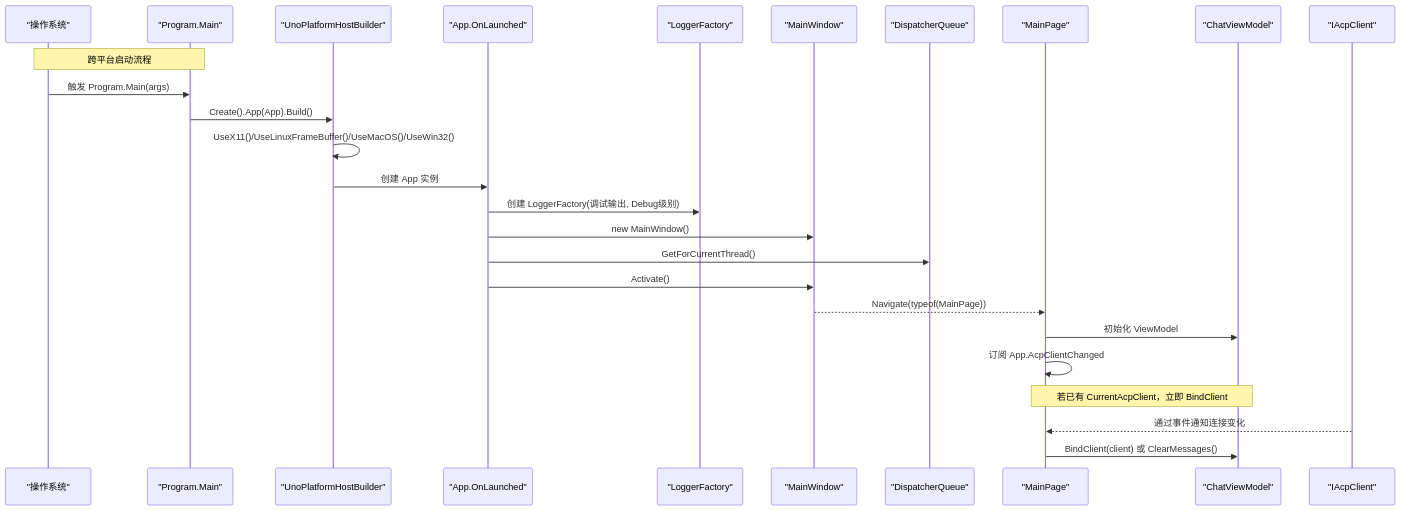
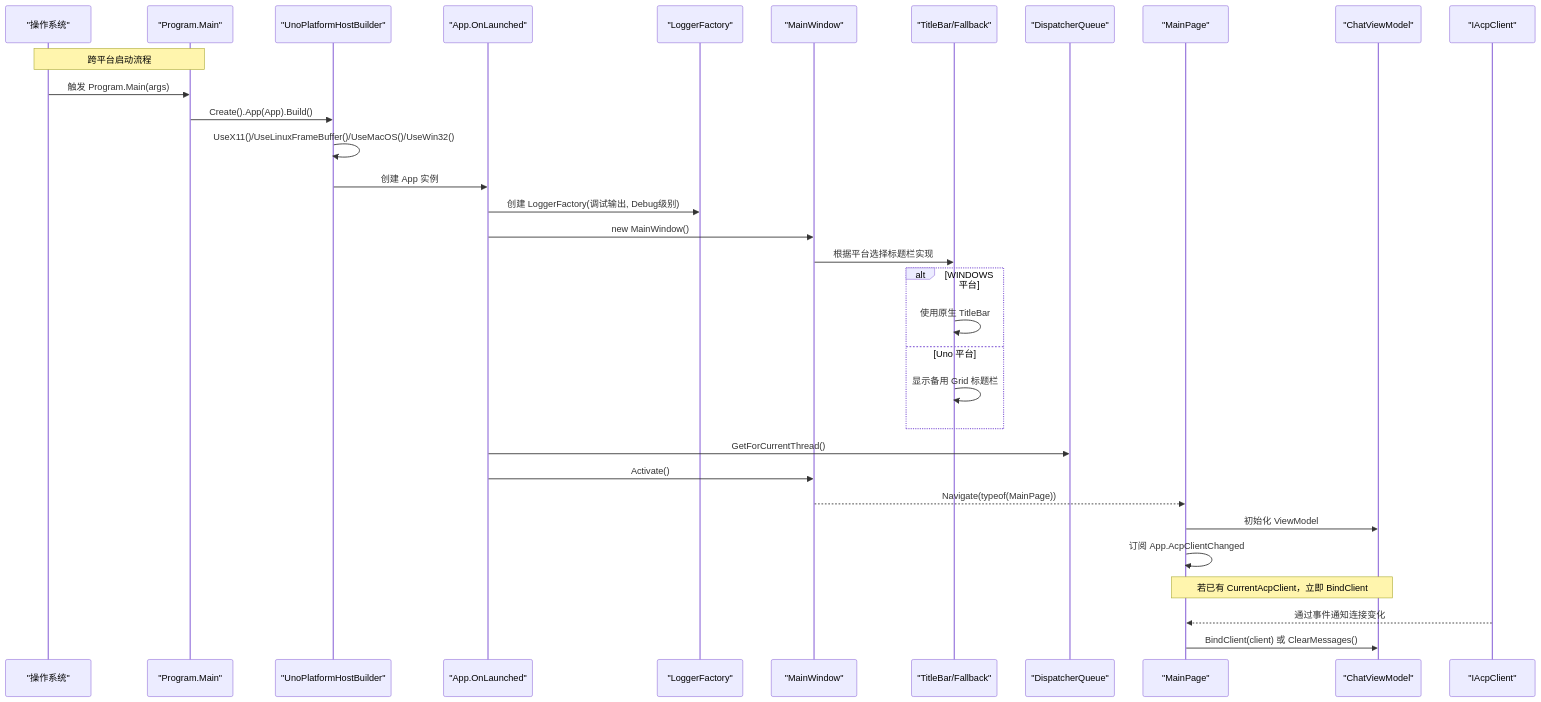
The second of 3 diagrams in .qoder/repowiki/zh/content/开发指南/项目结构/应用程序入口.md (AgenticDesktop/App), drawn with Mermaid before and after one commit. The commit also changed other lines of this file and 69 other files, not shown here.

````diff
--- a/.qoder/repowiki/zh/content/开发指南/项目结构/应用程序入口.md
+++ b/.qoder/repowiki/zh/content/开发指南/项目结构/应用程序入口.md
@@ -89,28 +94,35 @@
 ```mermaid
 sequenceDiagram
 participant OS as "操作系统"
 participant Entry as "Program.Main"
 participant Host as "UnoPlatformHostBuilder"
 participant App as "App.OnLaunched"
 participant Log as "LoggerFactory"
 participant Win as "MainWindow"
+participant TitleBar as "TitleBar/Fallback"
 participant UI as "DispatcherQueue"
 participant Page as "MainPage"
 participant VM as "ChatViewModel"
 participant ACP as "IAcpClient"
 Note over OS,Entry : 跨平台启动流程
 OS->>Entry : 触发 Program.Main(args)
 Entry->>Host : Create().App(App).Build()
 Host->>Host : UseX11()/UseLinuxFrameBuffer()/UseMacOS()/UseWin32()
 Host->>App : 创建 App 实例
 App->>Log : 创建 LoggerFactory(调试输出, Debug级别)
 App->>Win : new MainWindow()
+Win->>TitleBar : 根据平台选择标题栏实现
+alt WINDOWS 平台
+TitleBar->>TitleBar : 使用原生 TitleBar
+else Uno 平台
+TitleBar->>TitleBar : 显示备用 Grid 标题栏
+end
 App->>UI : GetForCurrentThread()
 App->>Win : Activate()
 Win-->>Page : Navigate(typeof(MainPage))
 Page->>VM : 初始化 ViewModel
 Page->>Page : 订阅 App.AcpClientChanged
 Note over Page,VM : 若已有 CurrentAcpClient，立即 BindClient
 ACP-->>Page : 通过事件通知连接变化
 Page->>VM : BindClient(client) 或 ClearMessages()
 ```
````
